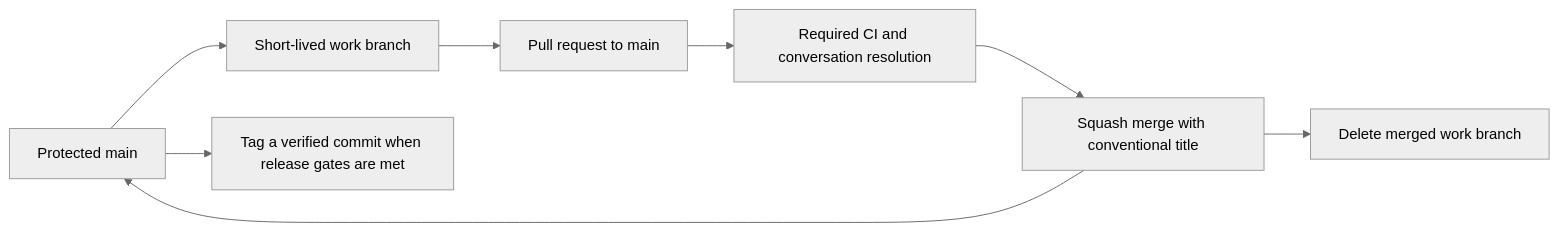
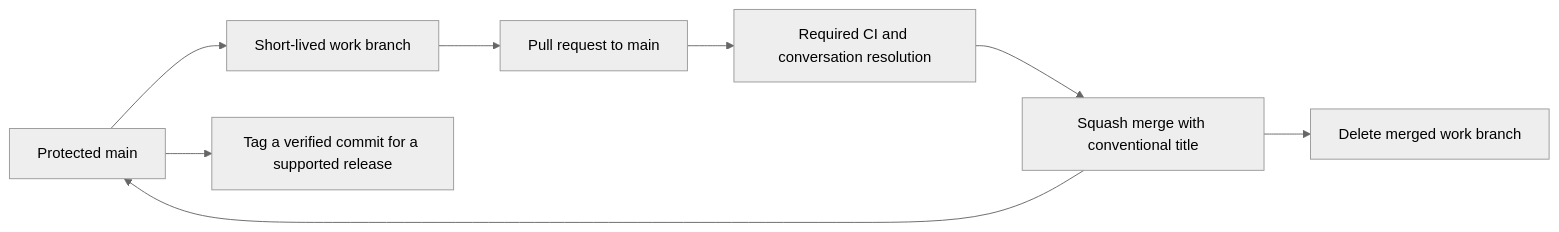
Before and after one commit to Akhilesh-Vangala/sqlarbiter: the diagram in docs/development/BRANCHING.md, drawn with Mermaid. The commit also changed 56 other files, not shown here.

````diff
--- a/docs/development/BRANCHING.md
+++ b/docs/development/BRANCHING.md
@@ -18,11 +18,11 @@
 ```mermaid
 %%{init: {"theme": "neutral"}}%%
 flowchart LR
     Main["Protected main"] --> Branch["Short-lived work branch"]
     Branch --> PR["Pull request to main"]
     PR --> Checks["Required CI and conversation resolution"]
     Checks --> Merge["Squash merge with conventional title"]
     Merge --> Main
     Merge --> Cleanup["Delete merged work branch"]
-    Main --> Release["Tag a verified commit when release gates are met"]
+    Main --> Release["Tag a verified commit for a supported release"]
 ```
````
